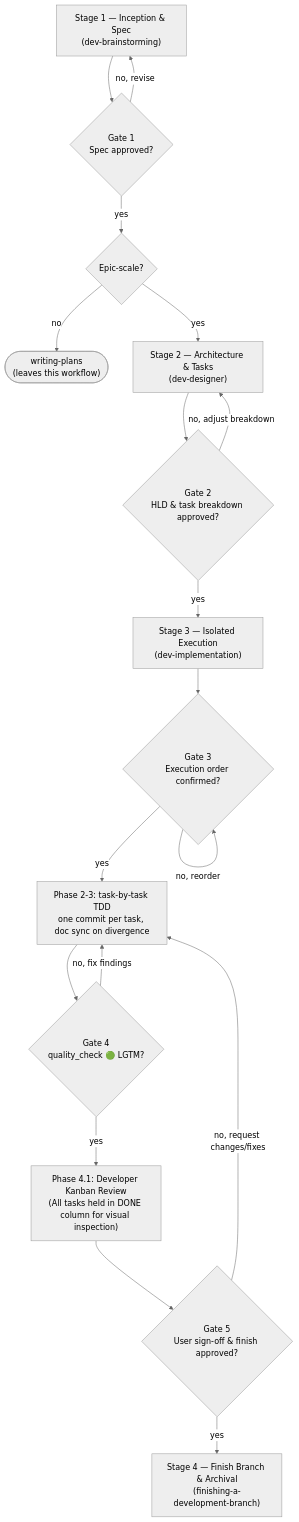
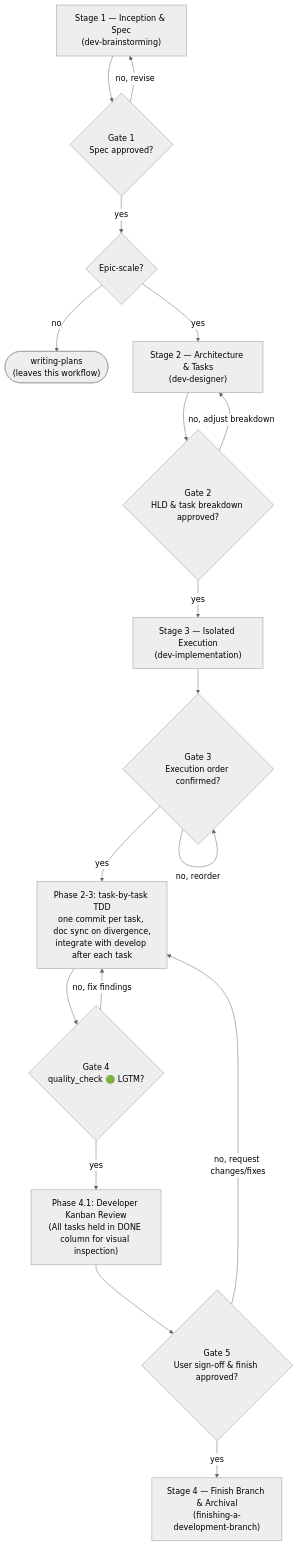
Before and after one commit to DanhDue/ai-agent-tools: the diagram in skills/dev-lifecycle/SKILL.md, drawn with Mermaid (neutral theme). The commit also changed other lines of this file, not shown here.

First line of the commit message:
[FINISHING_BRANCH_REBASE] Record per-task integration in the lifecycle gates

````diff
--- a/skills/dev-lifecycle/SKILL.md
+++ b/skills/dev-lifecycle/SKILL.md
@@ -26,35 +26,35 @@
 ```mermaid
 flowchart TD
     S1["Stage 1 — Inception &amp; Spec<br/>(dev-brainstorming)"]
     G1{"Gate 1<br/>Spec approved?"}
     ROUTE{"Epic-scale?"}
     PLANS(["writing-plans<br/>(leaves this workflow)"])
     S2["Stage 2 — Architecture &amp; Tasks<br/>(dev-designer)"]
     G2{"Gate 2<br/>HLD &amp; task breakdown approved?"}
     S3["Stage 3 — Isolated Execution<br/>(dev-implementation)"]
     G3{"Gate 3<br/>Execution order confirmed?"}
-    EXEC["Phase 2-3: task-by-task TDD<br/>one commit per task, doc sync on divergence"]
+    EXEC["Phase 2-3: task-by-task TDD<br/>one commit per task, doc sync on divergence,<br/>integrate with develop after each task"]
     G4{"Gate 4<br/>quality_check 🟢 LGTM?"}
     REVIEW["Phase 4.1: Developer Kanban Review<br/>(All tasks held in DONE column for visual inspection)"]
     G5{"Gate 5<br/>User sign-off &amp; finish approved?"}
     S4["Stage 4 — Finish Branch &amp; Archival<br/>(finishing-a-development-branch)"]
 
     S1 --> G1
     G1 -->|no, revise| S1
     G1 -->|yes| ROUTE
     ROUTE -->|no| PLANS
     ROUTE -->|yes| S2
     S2 --> G2
     G2 -->|no, adjust breakdown| S2
     G2 -->|yes| S3
     S3 --> G3
     G3 -->|no, reorder| G3
     G3 -->|yes| EXEC
     EXEC --> G4
     G4 -->|no, fix findings| EXEC
     G4 -->|yes| REVIEW
     REVIEW --> G5
     G5 -->|no, request changes/fixes| EXEC
     G5 -->|yes| S4
 
 ```
````
